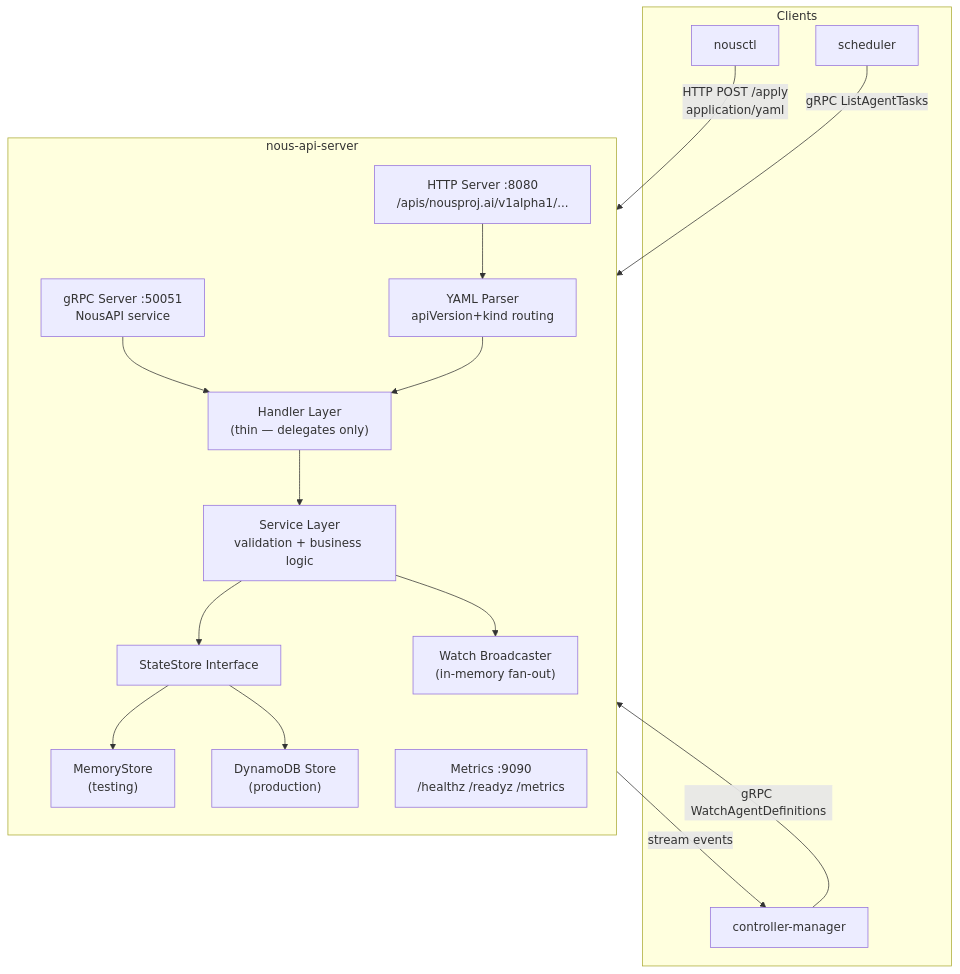
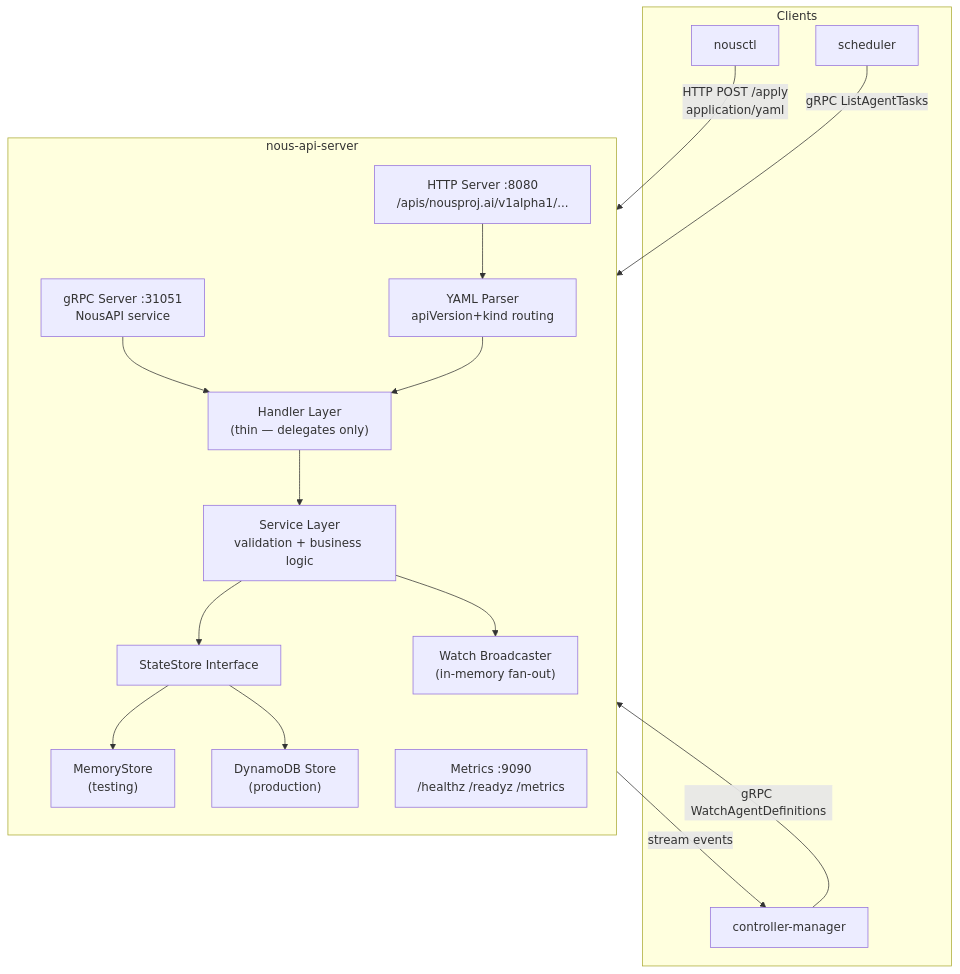
One commit to nousproj/nous-docs changed the diagram in docs/components/nous-api-server.md. Above: the diagram before and after it, drawn with Mermaid. The commit also changed other lines of this file and 5 other files, not shown here.

````diff
--- a/docs/components/nous-api-server.md
+++ b/docs/components/nous-api-server.md
@@ -16,31 +16,31 @@
 ```mermaid
 graph TB
     subgraph Clients
         CLI[nousctl]
         CM[controller-manager]
         SCH[scheduler]
     end
 
     subgraph Server["nous-api-server"]
         direction TB
-        gRPC["gRPC Server :50051<br/>NousAPI service"]
+        gRPC["gRPC Server :31051<br/>NousAPI service"]
         HTTP["HTTP Server :8080<br/>/apis/nousproj.ai/v1alpha1/..."]
         Metrics["Metrics :9090<br/>/healthz /readyz /metrics"]
 
         gRPC --> Handler["Handler Layer<br/>(thin — delegates only)"]
         HTTP --> YAML["YAML Parser<br/>apiVersion+kind routing"]
         YAML --> Handler
 
         Handler --> Service["Service Layer<br/>validation + business logic"]
         Service --> Store["StateStore Interface"]
         Service --> Watch["Watch Broadcaster<br/>(in-memory fan-out)"]
 
         Store --> Mem["MemoryStore<br/>(testing)"]
         Store --> DDB["DynamoDB Store<br/>(production)"]
     end
 
     CLI -->|"HTTP POST /apply\napplication/yaml"| HTTP
     CM -->|"gRPC WatchAgentDefinitions"| gRPC
     SCH -->|"gRPC ListAgentTasks"| gRPC
     Watch -->|"stream events"| CM
 ```
````
